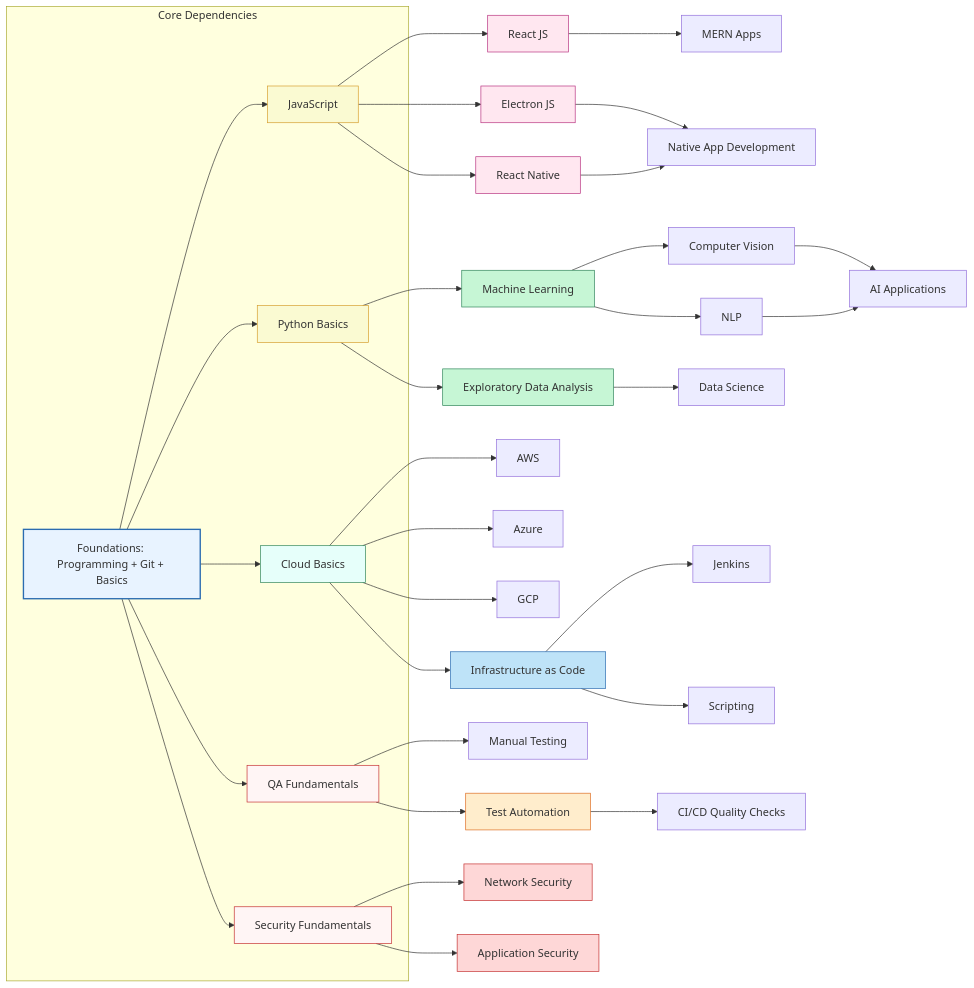
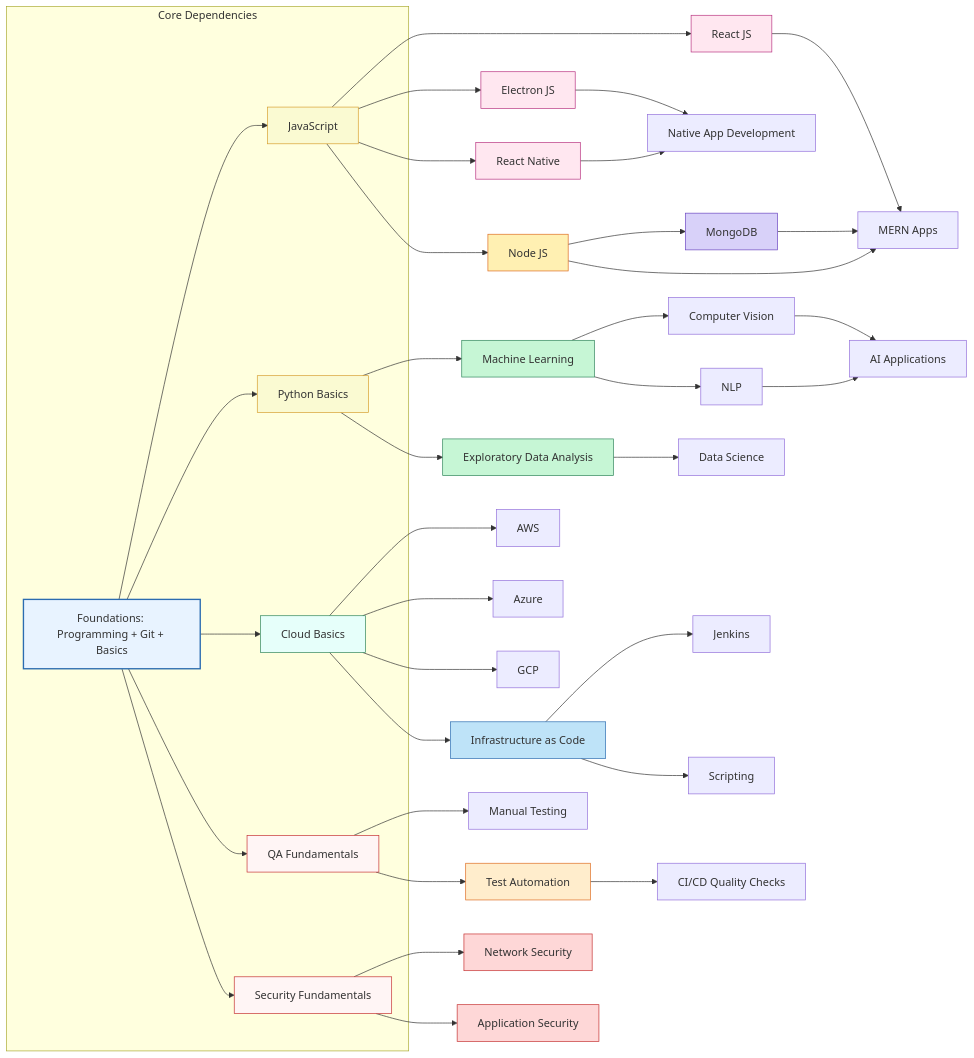
One commit to nashy18/learning changed the second of 2 diagrams in learning-diagrams.md. Above: the diagram before and after it, drawn with Mermaid. The commit also changed other lines of this file and 13 other files, not shown here.

````diff
--- a/learning-diagrams.md
+++ b/learning-diagrams.md
@@ -61,63 +67,70 @@
 ```mermaid
 flowchart LR
     Foundations[Foundations: Programming + Git + Basics] --> JS[JavaScript]
     Foundations --> Python[Python Basics]
     Foundations --> Cloud[Cloud Basics]
     Foundations --> QA_Core[QA Fundamentals]
     Foundations --> Security_Core[Security Fundamentals]
 
     JS --> React[React JS]
     JS --> Electron[Electron JS]
     JS --> ReactNative[React Native]
+    JS --> Node[Node JS]
+
+    Node --> Mongo[MongoDB]
 
     Python --> ML[Machine Learning]
     Python --> EDA[Exploratory Data Analysis]
     ML --> CV[Computer Vision]
     ML --> NLP[NLP]
 
     Cloud --> AWS[AWS]
     Cloud --> Azure[Azure]
     Cloud --> GCP[GCP]
     Cloud --> IaC[Infrastructure as Code]
     IaC --> Jenkins[Jenkins]
     IaC --> Scripting[Scripting]
 
     QA_Core --> Manual[Manual Testing]
     QA_Core --> Automation[Test Automation]
     Automation --> CI[CI/CD Quality Checks]
 
     Security_Core --> Network[Network Security]
     Security_Core --> AppSec[Application Security]
 
     EDA --> DS[Data Science]
     CV --> AI[AI Applications]
     NLP --> AI
     React --> MERN[MERN Apps]
+    Node --> MERN
+    Mongo --> MERN
     Electron --> Native[Native App Development]
     ReactNative --> Native
 
     subgraph Core Dependencies
       Foundations
       JS
       Python
       Cloud
       QA_Core
       Security_Core
     end
 
     style Foundations fill:#e8f3ff,stroke:#2b6cb0,stroke-width:2px
     style JS fill:#fafad2,stroke:#d69e2e
     style Python fill:#fafad2,stroke:#d69e2e
     style Cloud fill:#e6fffa,stroke:#2f855a
     style QA_Core fill:#fff5f5,stroke:#c53030
     style Security_Core fill:#fff5f5,stroke:#c53030
     style React fill:#ffe7f0,stroke:#b83280
     style ReactNative fill:#ffe7f0,stroke:#b83280
     style Electron fill:#ffe7f0,stroke:#b83280
+    style Node fill:#fff0b2,stroke:#dd6b20
+    style Mongo fill:#d8d1f9,stroke:#6b46c1
     style ML fill:#c6f6d5,stroke:#2f855a
     style EDA fill:#c6f6d5,stroke:#2f855a
     style IaC fill:#bee3f8,stroke:#2b6cb0
     style Automation fill:#ffedcc,stroke:#dd6b20
     style Network fill:#fed7d7,stroke:#c53030
     style AppSec fill:#fed7d7,stroke:#c53030
 ```
````
